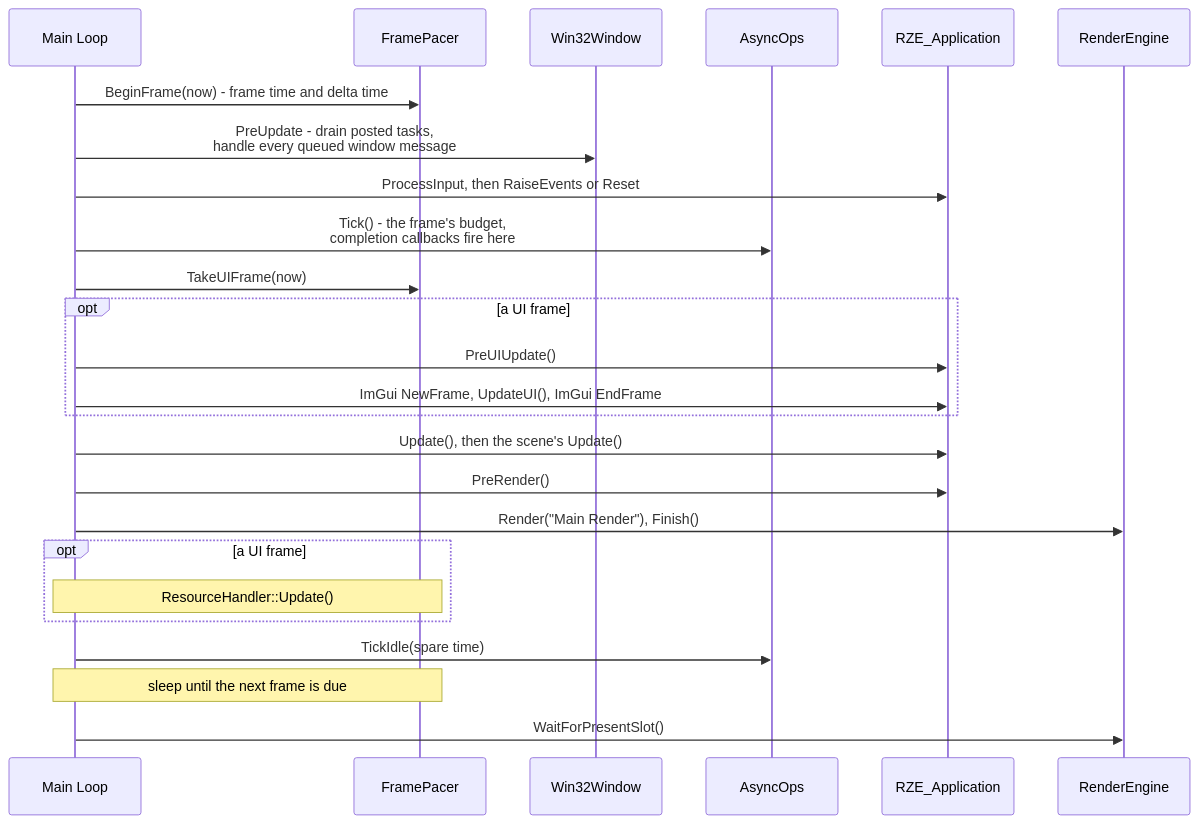
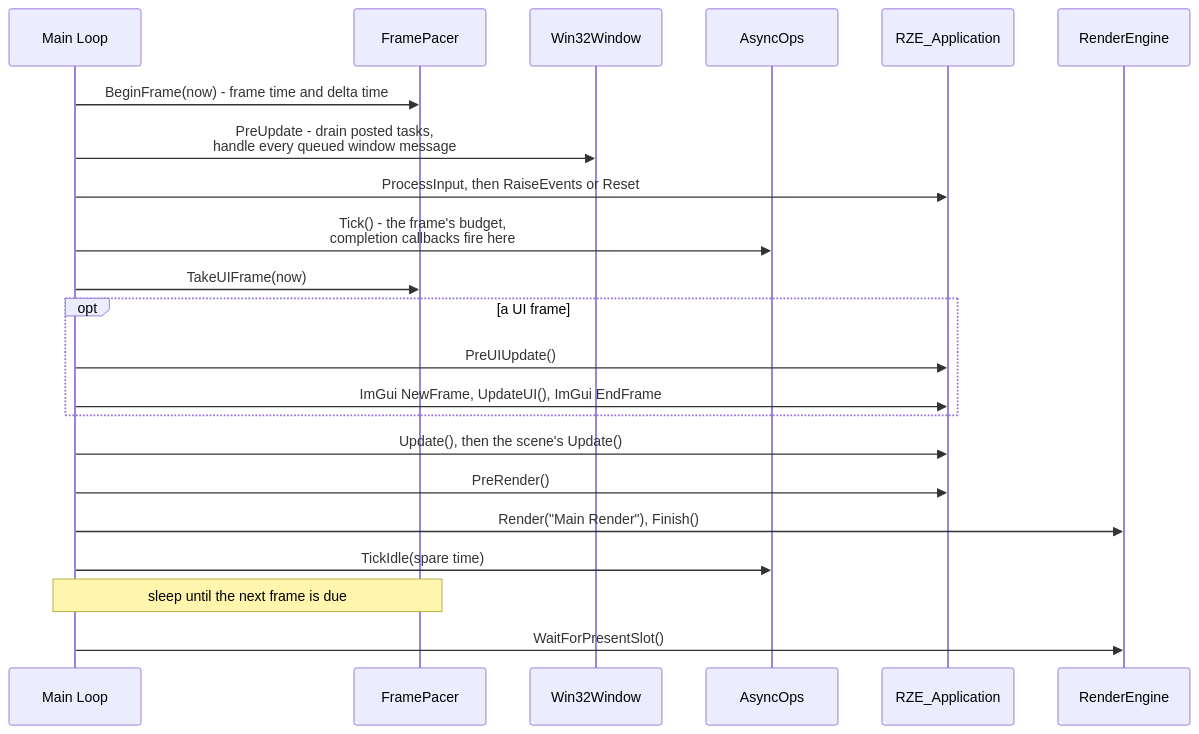
Before and after one commit to b1nary0/RZE: the second of 3 diagrams in Docs/Generated/Engine/02-Architecture/Engine-Startup-And-Frame-Loop.md, drawn with Mermaid. The commit also changed other lines of this file and 8 other files, not shown here.

````diff
--- a/Docs/Generated/Engine/02-Architecture/Engine-Startup-And-Frame-Loop.md
+++ b/Docs/Generated/Engine/02-Architecture/Engine-Startup-And-Frame-Loop.md
@@ -76,29 +76,26 @@
 ```mermaid
 %%{init: {'flowchart': {'subGraphTitleMargin': {'top': 6, 'bottom': 10}}, 'themeCSS': '.labelBkg, .edgeLabel { background-color: var(--background-primary) !important; } .messageText, .labelText, .loopText { paint-order: stroke; stroke: var(--background-primary); stroke-width: 5px; stroke-linejoin: round; }'}}%%
 sequenceDiagram
     participant ML as Main Loop
     participant FP as FramePacer
     participant Win as Win32Window
     participant Async as AsyncOps
     participant App as RZE_Application
     participant RE as RenderEngine
 
     ML->>FP: BeginFrame(now) - frame time and delta time
     ML->>Win: PreUpdate - drain posted tasks,<br/>handle every queued window message
     ML->>App: ProcessInput, then RaiseEvents or Reset
     ML->>Async: Tick() - the frame's budget,<br/>completion callbacks fire here
     ML->>FP: TakeUIFrame(now)
     opt a UI frame
         ML->>App: PreUIUpdate()
         ML->>App: ImGui NewFrame, UpdateUI(), ImGui EndFrame
     end
     ML->>App: Update(), then the scene's Update()
     ML->>App: PreRender()
     ML->>RE: Render("Main Render"), Finish()
-    opt a UI frame
-        Note over ML,FP: ResourceHandler::Update()
-    end
     ML->>Async: TickIdle(spare time)
     Note over ML,FP: sleep until the next frame is due
     ML->>RE: WaitForPresentSlot()
 ```
````
